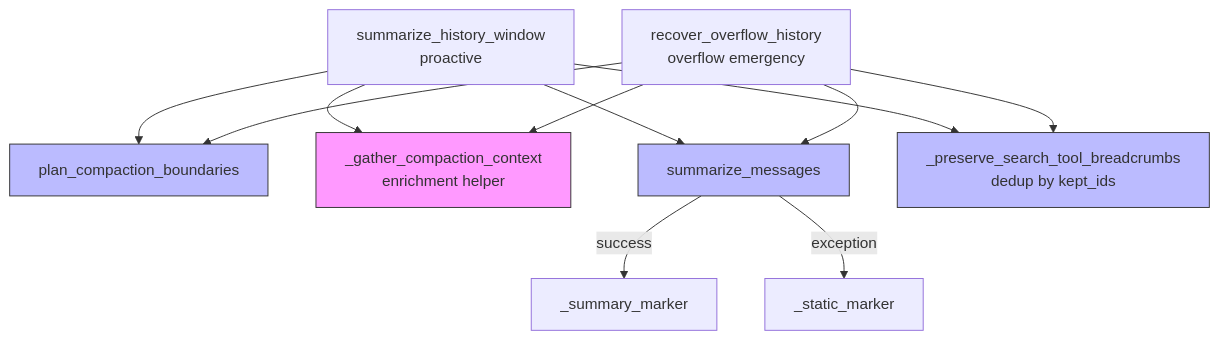
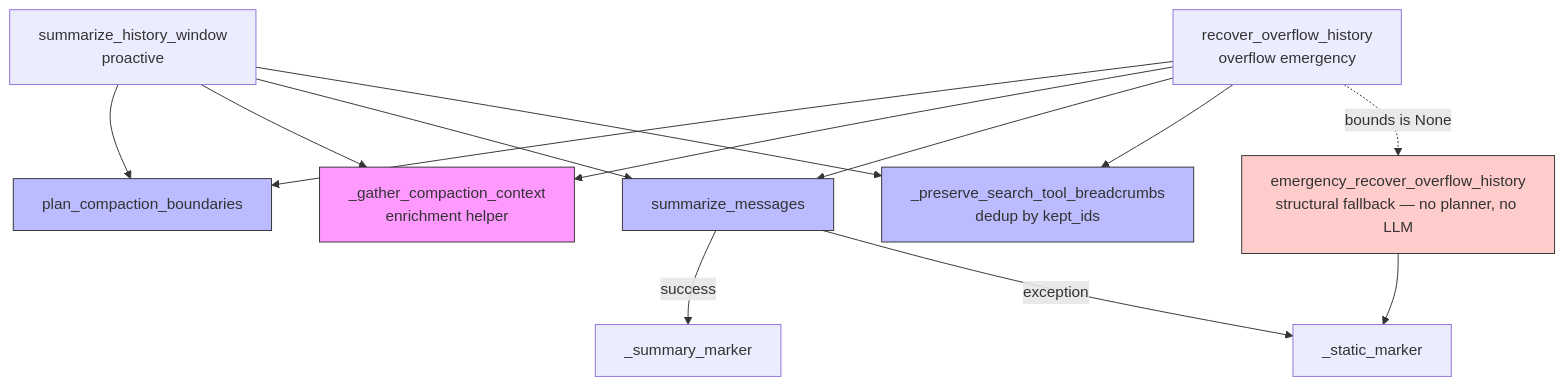
Before and after one commit to binlecode/co-cli: the sixth of 7 diagrams in docs/specs/compaction.md, drawn with Mermaid. The commit also changed other lines of this file and 7 other files, not shown here.

````diff
--- a/docs/specs/compaction.md
+++ b/docs/specs/compaction.md
@@ -242,29 +253,33 @@
 ```mermaid
 flowchart TD
     L3[summarize_history_window<br/>proactive]
     L5[recover_overflow_history<br/>overflow emergency]
+    L6[emergency_recover_overflow_history<br/>structural fallback — no planner, no LLM]
 
     P[plan_compaction_boundaries]
     E[_gather_compaction_context<br/>enrichment helper]
     S[summarize_messages]
     B[_preserve_search_tool_breadcrumbs<br/>dedup by kept_ids]
 
     MK_SUM[_summary_marker]
     MK_ST[_static_marker]
 
     L3 --> P
     L5 --> P
     L3 --> E
     L5 --> E
     L3 --> S
     L5 --> S
     S -->|success| MK_SUM
     S -->|exception| MK_ST
     L3 --> B
     L5 --> B
+    L5 -.bounds is None.-> L6
+    L6 --> MK_ST
 
     style P fill:#bbf,stroke:#333
     style E fill:#f9f,stroke:#333
     style S fill:#bbf,stroke:#333
     style B fill:#bbf,stroke:#333
+    style L6 fill:#fcc,stroke:#333
 ```
````
